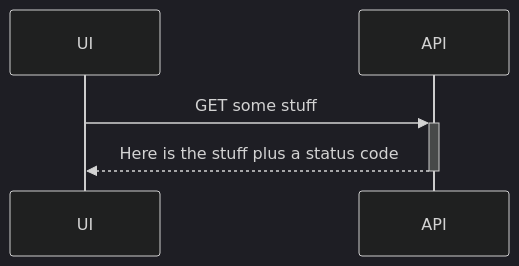
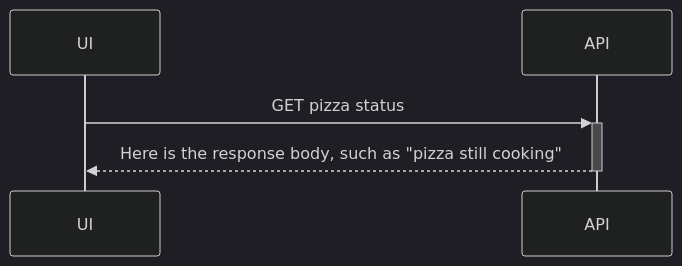
One commit to SruthiKorembathe/CICDImplementation changed the fourth of 7 diagrams in Examples-of-diagramming.md. Above: the diagram before and after it, drawn with Mermaid (dark theme). The commit also changed other lines of this file, not shown here.

Commit message:
More on editing diagrams

````diff
--- a/Examples-of-diagramming.md
+++ b/Examples-of-diagramming.md
@@ -87,5 +89,5 @@
 ```mermaid
 sequenceDiagram
-  UI ->>+ API: GET some stuff
-  API -->>- UI: Here is the stuff plus a status code
+  UI ->>+ API: GET pizza status
+  API -->>- UI: Here is the response body, such as "pizza still cooking"
 ```
````
